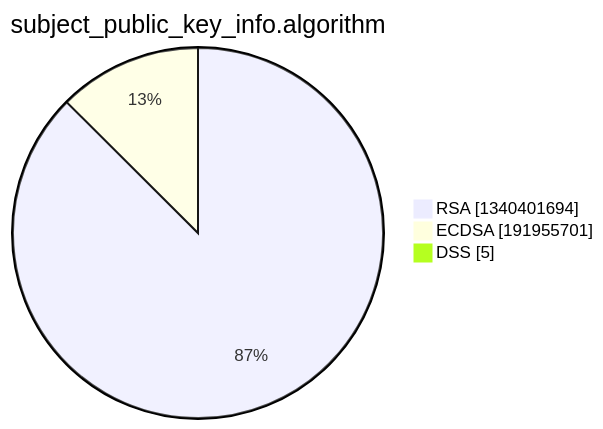
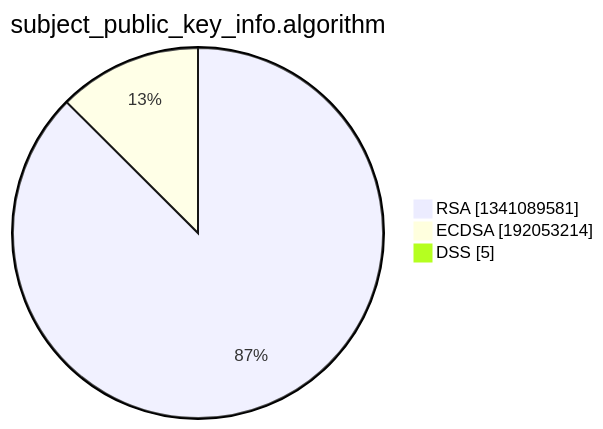
Before and after one commit to christiankrug/ctmonitor_visualization: the third of 15 diagrams in xenon2022/README.md, drawn with Mermaid. The commit also changed other lines of this file, not shown here.

````diff
--- a/xenon2022/README.md
+++ b/xenon2022/README.md
@@ -14,7 +14,7 @@
 ```mermaid
 pie showData
 title subject_public_key_info.algorithm
-"RSA" :1340401694
-"ECDSA" :191955701
+"RSA" :1341089581
+"ECDSA" :192053214
 "DSS" :5
 ```
````
